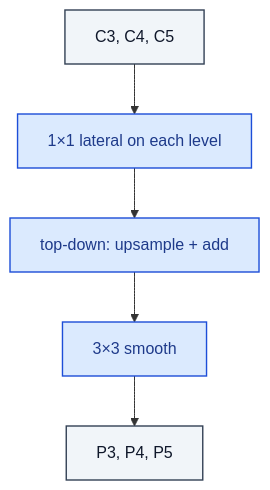
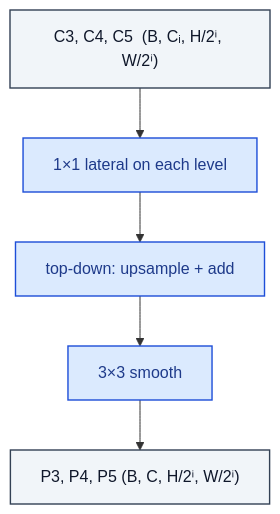
Before and after one commit to RealityShifts/Srivastava-book-of-Blocks-diagrams: the diagram in cnn_vision/FeaturePyramidNetwork.md, drawn with Mermaid. The commit also changed 123 other files, not shown here.

````diff
--- a/cnn_vision/FeaturePyramidNetwork.md
+++ b/cnn_vision/FeaturePyramidNetwork.md
@@ -7,21 +7,22 @@
 ```mermaid
 flowchart TD
-    n0_0["C3, C4, C5"]:::io
+    n0_0["C3, C4, C5  (B, Cᵢ, H/2ⁱ, W/2ⁱ)"]:::io
     n1_0["1×1 lateral on each level"]:::op
     n2_0["top-down: upsample + add"]:::op
     n3_0["3×3 smooth"]:::op
-    n4_0["P3, P4, P5"]:::io
+    n4_0["P3, P4, P5  (B, C, H/2ⁱ, W/2ⁱ)"]:::io
     n0_0 --> n1_0
     n1_0 --> n2_0
     n2_0 --> n3_0
     n3_0 --> n4_0
     classDef io fill:#f1f5f9,stroke:#334155,stroke-width:1.4px,color:#0f172a
     classDef op fill:#dbeafe,stroke:#1d4ed8,stroke-width:1.4px,color:#1e3a8a
     classDef norm fill:#dcfce7,stroke:#15803d,stroke-width:1.4px,color:#14532d
     classDef act fill:#ffedd5,stroke:#c2410c,stroke-width:1.4px,color:#7c2d12
     classDef attn fill:#ede9fe,stroke:#6d28d9,stroke-width:1.4px,color:#4c1d95
     classDef merge fill:#fef3c7,stroke:#b45309,stroke-width:1.4px,color:#78350f
     classDef emb fill:#fef9c3,stroke:#a16207,stroke-width:1.4px,color:#713f12
     classDef loss fill:#fee2e2,stroke:#b91c1c,stroke-width:1.4px,color:#7f1d1d
     classDef ctrl fill:#f5f5f4,stroke:#52525b,stroke-width:1.4px,color:#27272a
+    classDef ref fill:#e0f2fe,stroke:#0369a1,stroke-width:2px,color:#0c4a6e,stroke-dasharray: 4 2
 ```
````
